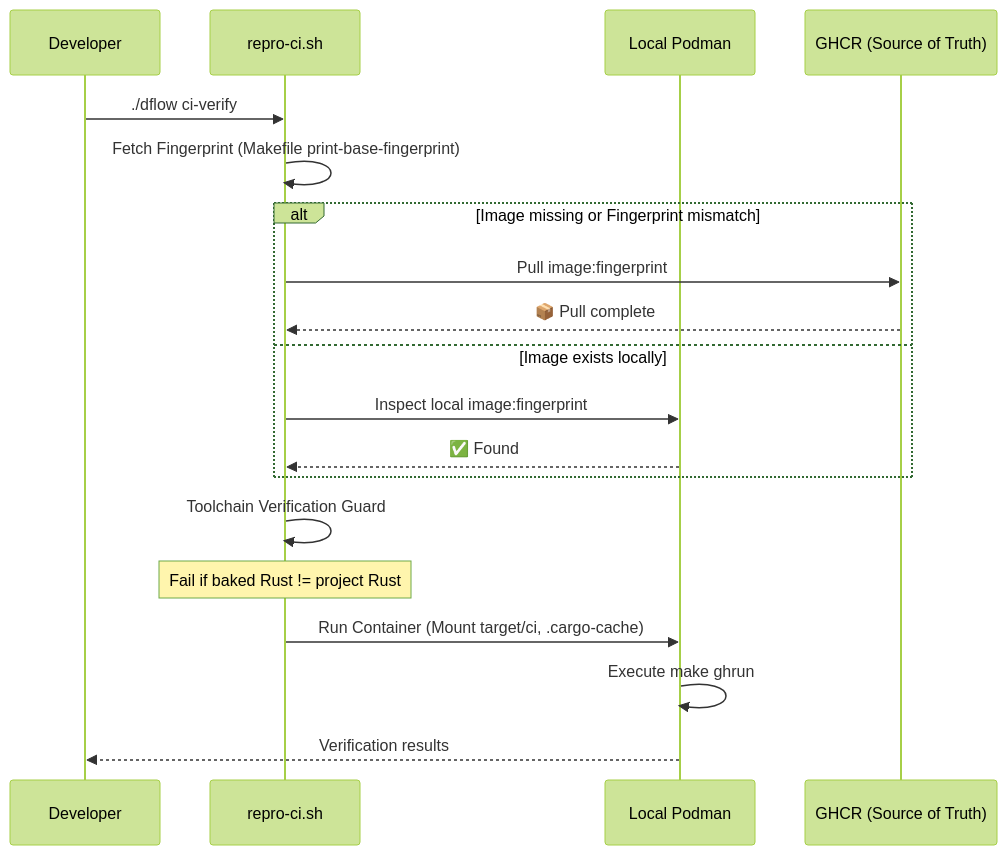
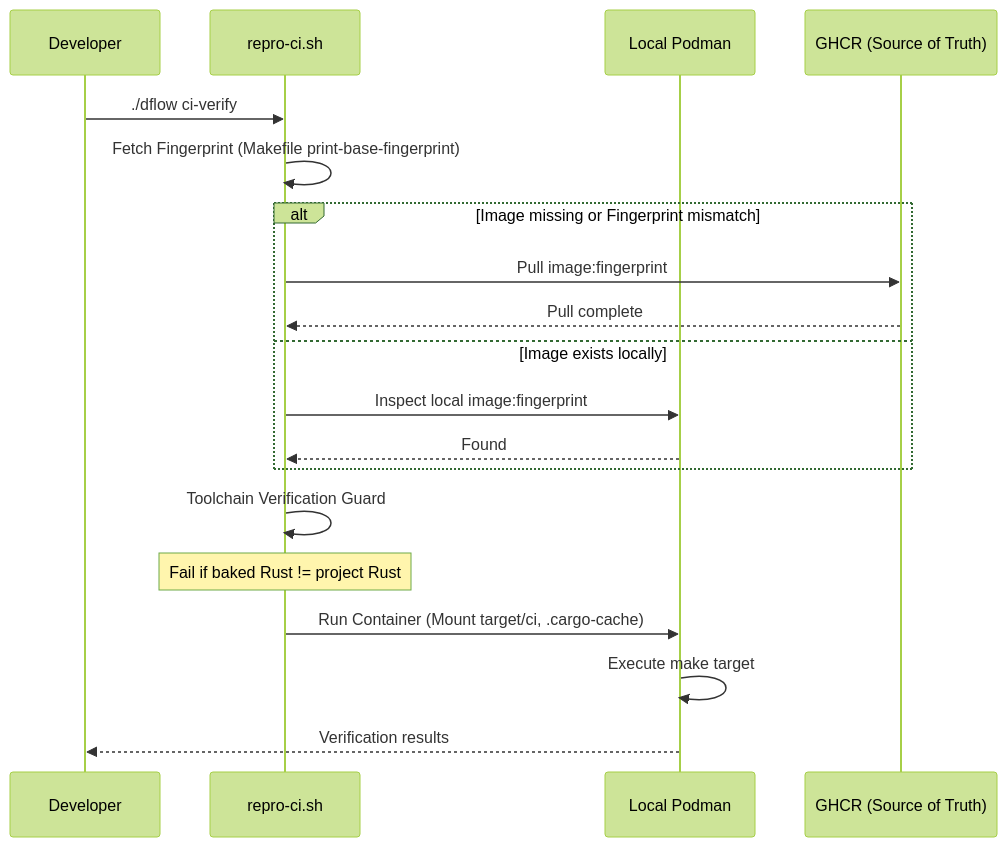
Before and after one commit to softmentor/kroki-rs: the second of 2 diagrams in docs/developer-guide/04-infrastructure/automation.md, drawn with Mermaid (forest theme). The commit also changed other lines of this file and 2 other files, not shown here.

````diff
--- a/docs/developer-guide/04-infrastructure/automation.md
+++ b/docs/developer-guide/04-infrastructure/automation.md
@@ -56,25 +78,25 @@
 ```mermaid
 sequenceDiagram
     participant Dev as Developer
     participant Script as repro-ci.sh
     participant Podman as Local Podman
     participant Registry as GHCR (Source of Truth)
 
     Dev->>Script: ./dflow ci-verify
     Script->>Script: Fetch Fingerprint (Makefile print-base-fingerprint)
-    
+
     alt Image missing or Fingerprint mismatch
         Script->>Registry: Pull image:fingerprint
-        Registry-->>Script: 📦 Pull complete
+        Registry-->>Script: Pull complete
     else Image exists locally
         Script->>Podman: Inspect local image:fingerprint
-        Podman-->>Script: ✅ Found
+        Podman-->>Script: Found
     end
-    
+
     Script->>Script: Toolchain Verification Guard
     Note over Script: Fail if baked Rust != project Rust
-    
+
     Script->>Podman: Run Container (Mount target/ci, .cargo-cache)
-    Podman->>Podman: Execute make ghrun
+    Podman->>Podman: Execute make target
     Podman-->>Dev: Verification results
 ```
````
